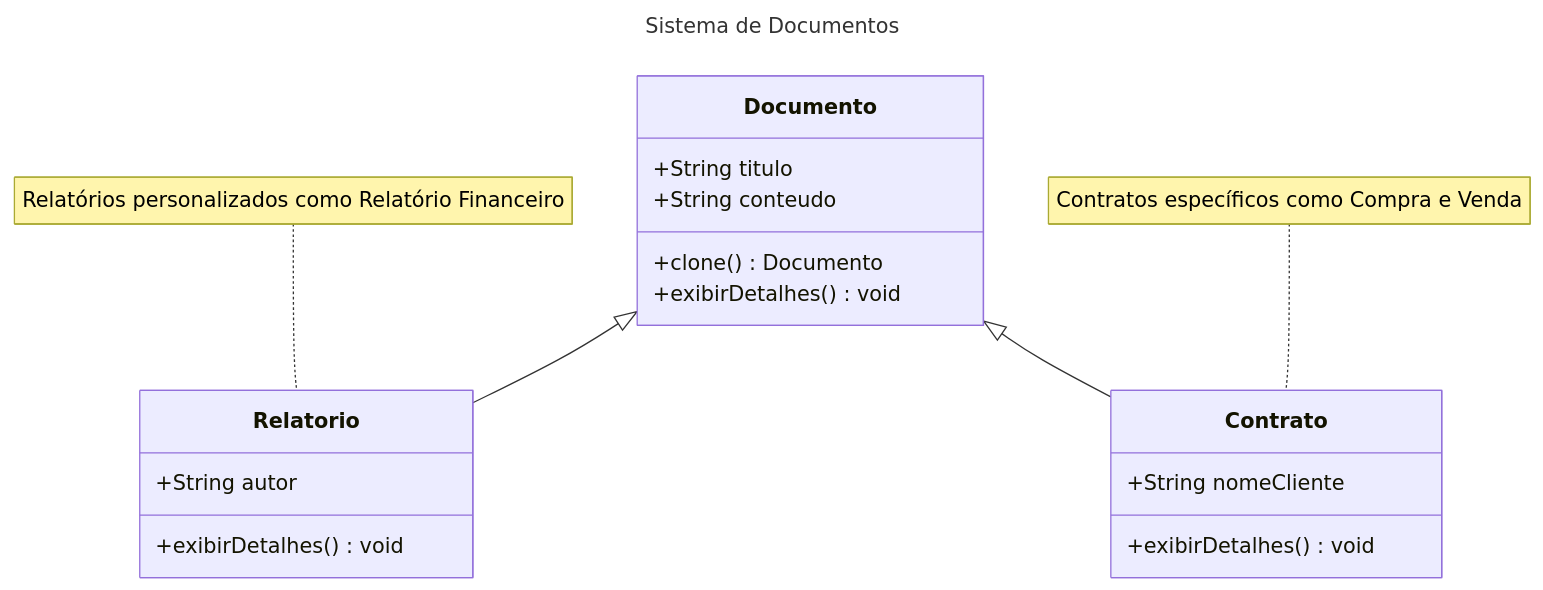
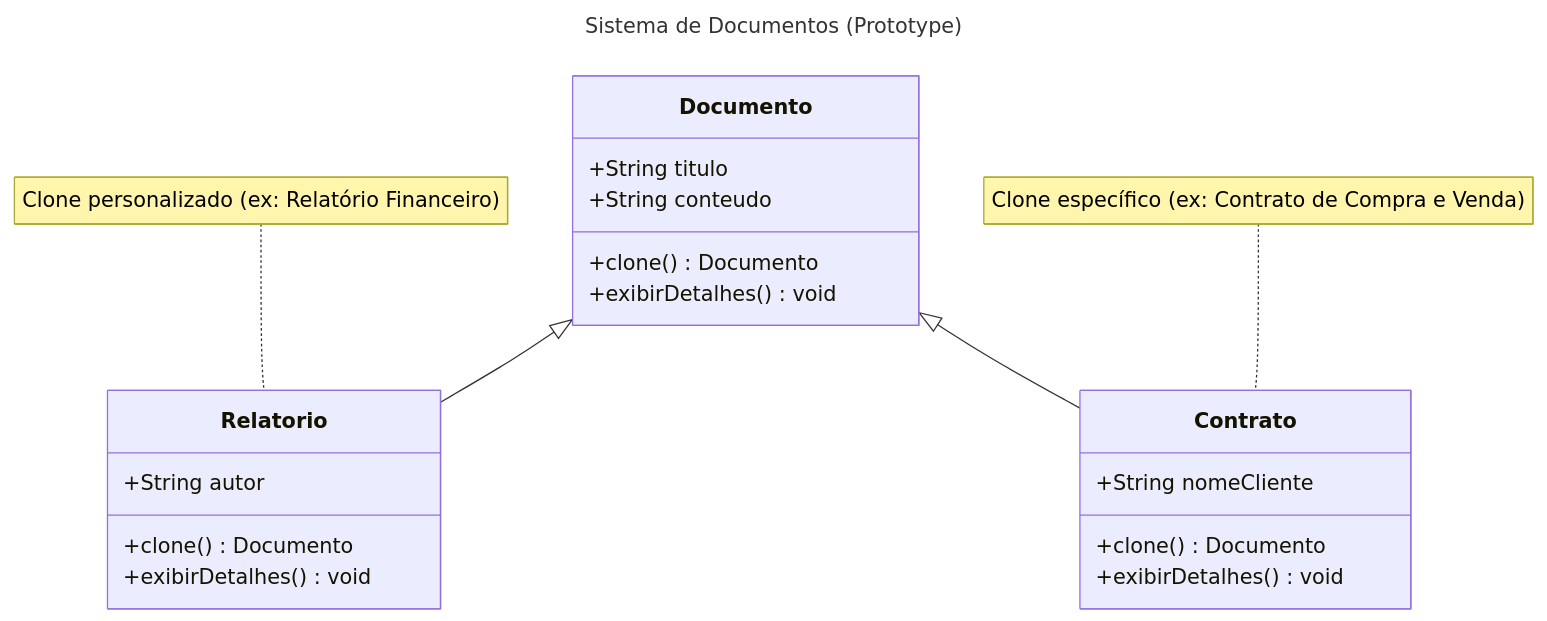
One commit to LuisPassosRamos/seminario-ppr-criacional-prototype changed the first of 2 diagrams in PadraoPrototype/README.md. Above: the diagram before and after it, drawn with Mermaid. The commit also changed other lines of this file and 8 other files, not shown here.

````diff
--- a/PadraoPrototype/README.md
+++ b/PadraoPrototype/README.md
@@ -41,26 +41,26 @@
 ```mermaid
 ---
-title: Sistema de Documentos
+title: Sistema de Documentos (Prototype)
 ---
 classDiagram
     Documento <|-- Relatorio
     Documento <|-- Contrato
     class Documento {
         +String titulo
         +String conteudo
         +clone() Documento
         +exibirDetalhes() void
     }
     class Relatorio {
         +String autor
+        +clone() Documento
         +exibirDetalhes() void
     }
-    note for Relatorio "Relatórios personalizados como Relatório Financeiro"
+    note for Relatorio "Clone personalizado (ex: Relatório Financeiro)"
     class Contrato {
         +String nomeCliente
+        +clone() Documento
         +exibirDetalhes() void
     }
-    note for Contrato "Contratos específicos como Compra e Venda"
-
-
+    note for Contrato "Clone específico (ex: Contrato de Compra e Venda)"
 ```
````
